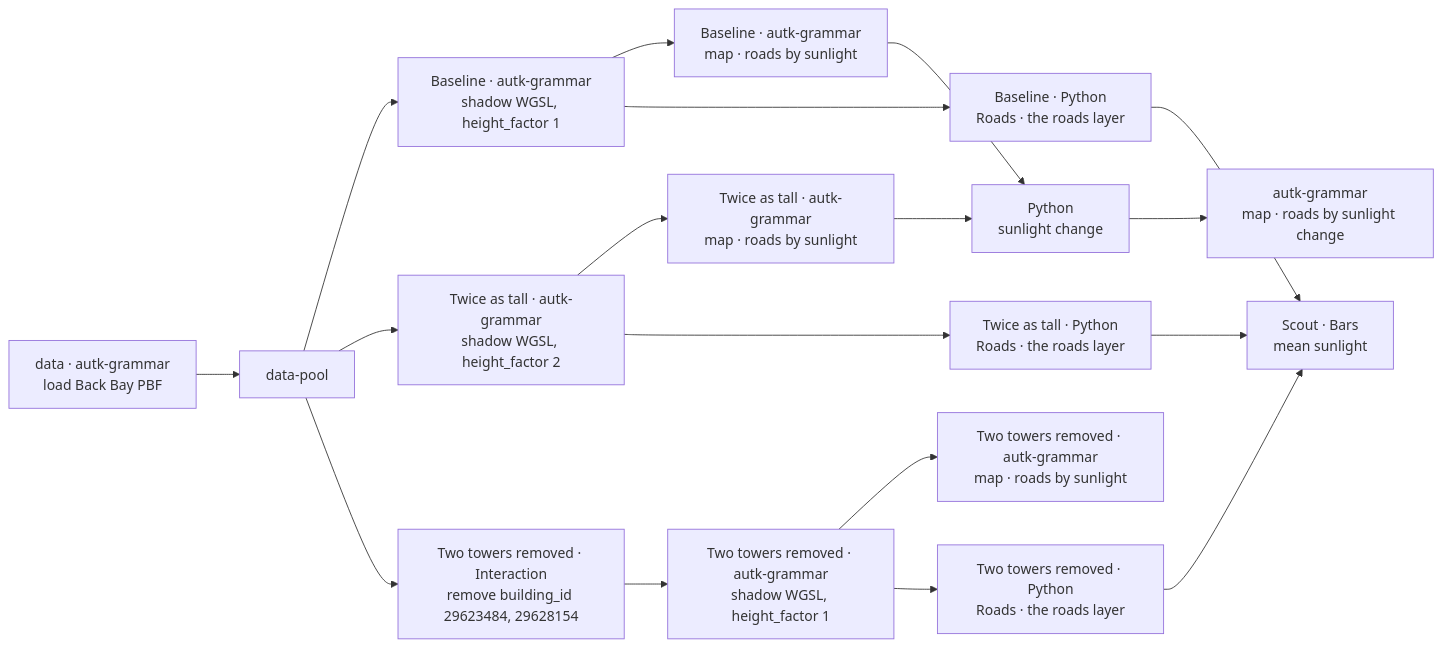
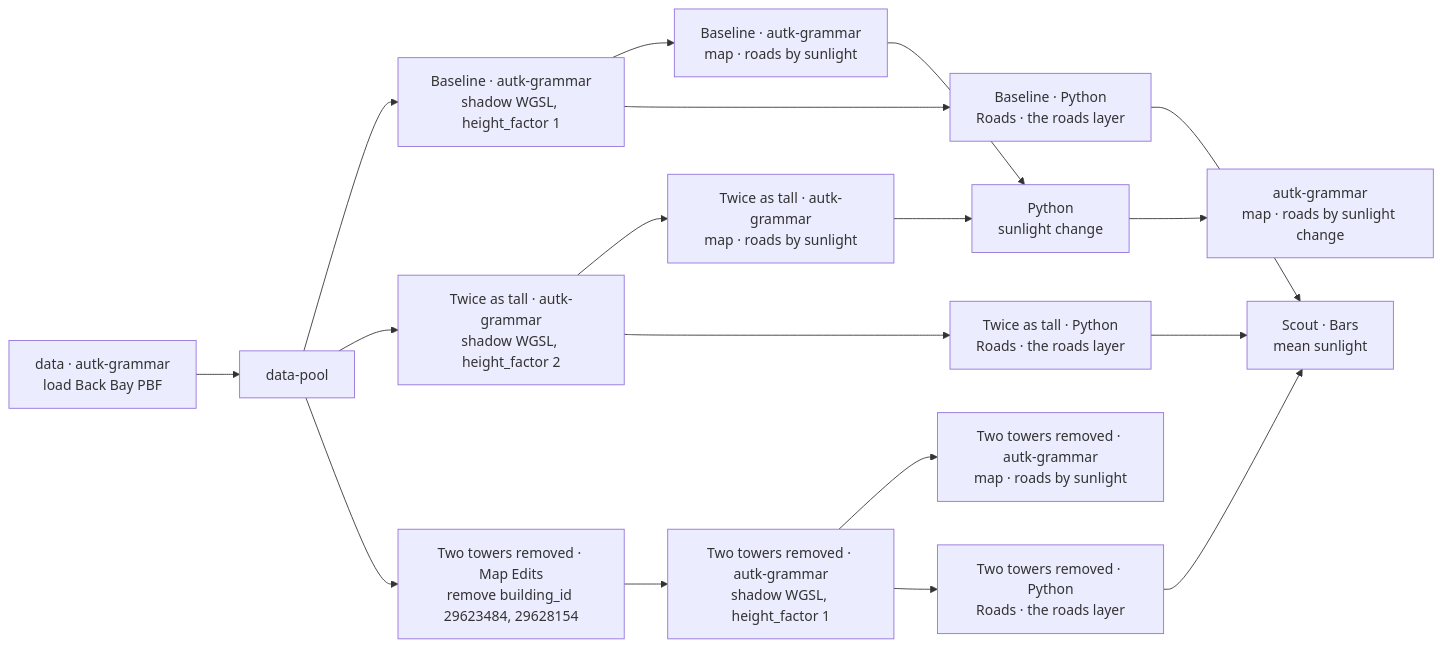
The diagram in docs/examples/06-back-bay-road-sunlight.md (urban-toolkit/curio), drawn with Mermaid before and after one commit. The commit also changed other lines of this file and 3 other files, not shown here.

Commit message:
Docs: the Map Edits node in USAGE, the catalog row, the examples table and 06's walkthrough

````diff
--- a/docs/examples/06-back-bay-road-sunlight.md
+++ b/docs/examples/06-back-bay-road-sunlight.md
@@ -19,31 +19,31 @@
 ```mermaid
 flowchart LR
   D["data · autk-grammar<br/>load Back Bay PBF"]
   P["data-pool"]
   BC["Baseline · autk-grammar<br/>shadow WGSL, height_factor 1"]
   BM["Baseline · autk-grammar<br/>map · roads by sunlight"]
   BR["Baseline · Python<br/>Roads · the roads layer"]
   MC["Twice as tall · autk-grammar<br/>shadow WGSL, height_factor 2"]
   MM["Twice as tall · autk-grammar<br/>map · roads by sunlight"]
   MR["Twice as tall · Python<br/>Roads · the roads layer"]
-  TE["Two towers removed · Interaction<br/>remove building_id 29623484, 29628154"]
+  TE["Two towers removed · Map Edits<br/>remove building_id 29623484, 29628154"]
   TC["Two towers removed · autk-grammar<br/>shadow WGSL, height_factor 1"]
   TM["Two towers removed · autk-grammar<br/>map · roads by sunlight"]
   TR["Two towers removed · Python<br/>Roads · the roads layer"]
   CC["Scout · Bars<br/>mean sunlight"]
   CD["Python<br/>sunlight change"]
   DM["autk-grammar<br/>map · roads by sunlight change"]
   D --> P
   P --> BC --> BM
   BC --> BR
   P --> MC --> MM
   MC --> MR
   P --> TE --> TC --> TM
   TC --> TR
   BR --> CC
   MR --> CC
   TR --> CC
   BM --> CD
   MM --> CD
   CD --> DM
 ```
````
